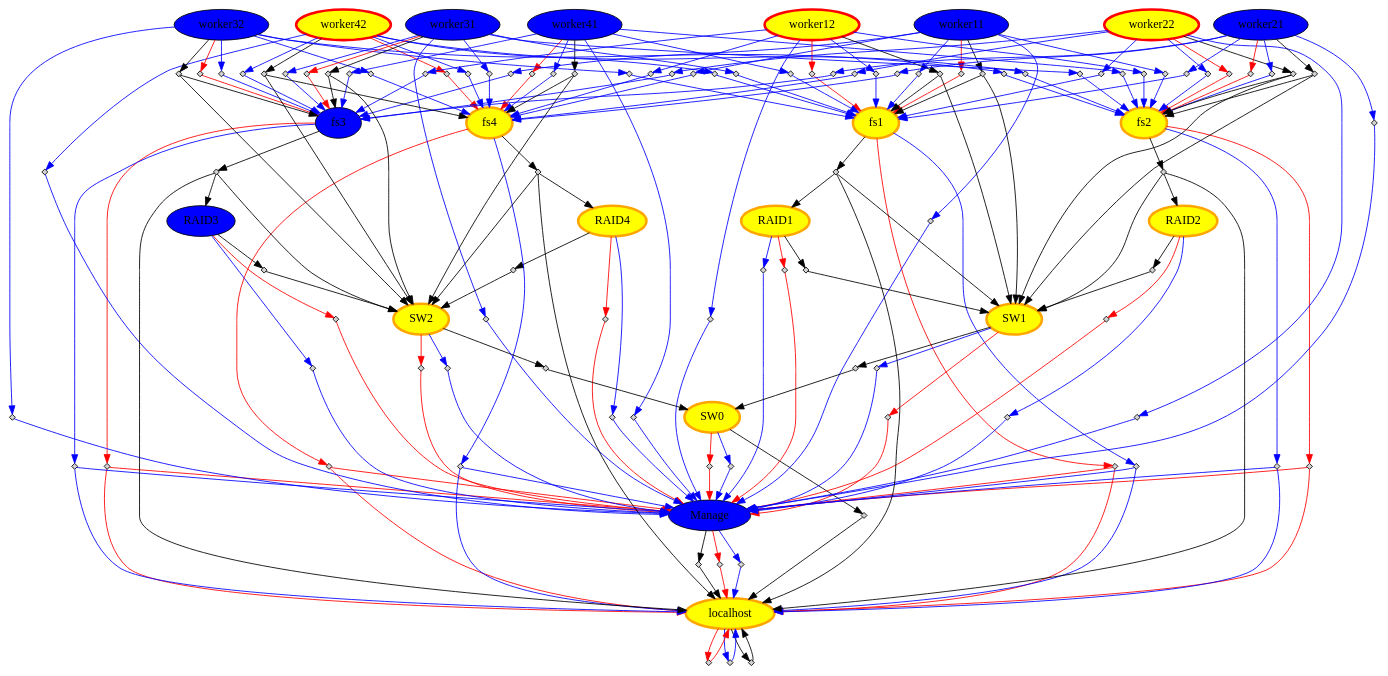
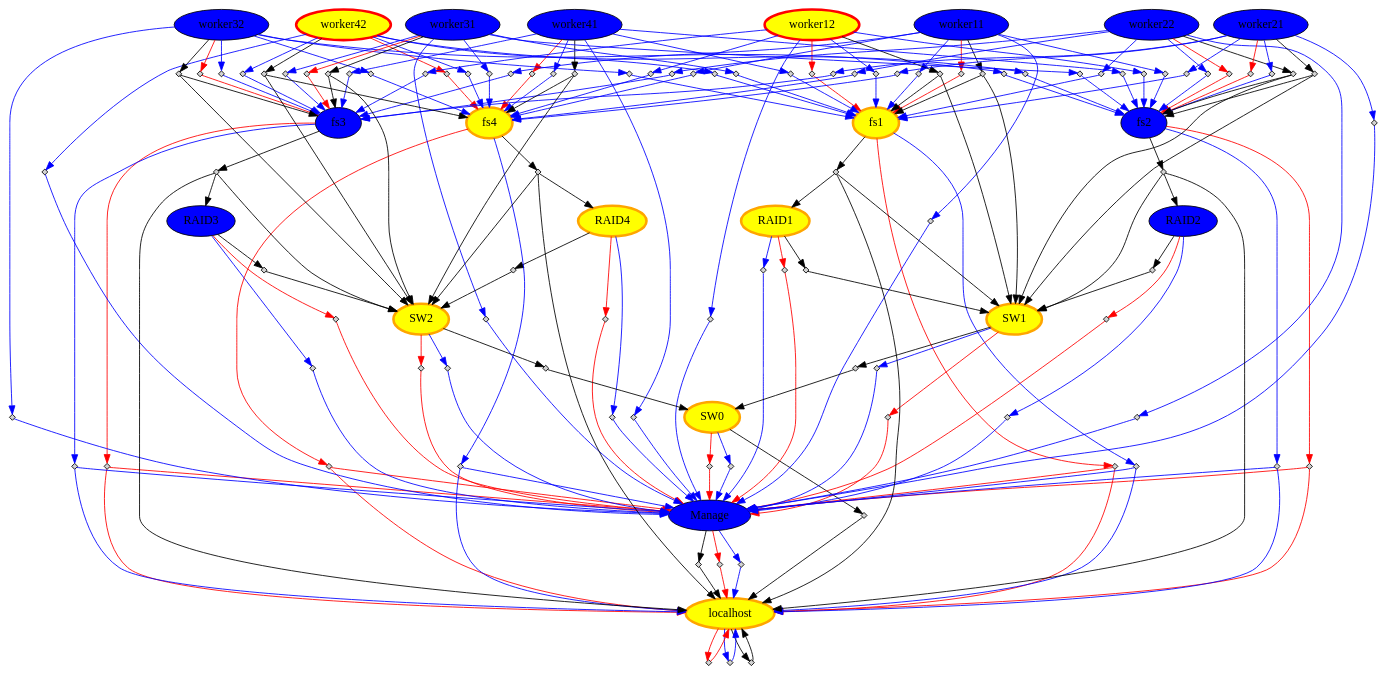
One commit to amgaa/ClusterNap changed the diagram in server/CN.dot. Above: the diagram before and after it, drawn with Graphviz. The commit also changed 11 other files, not shown here.

```diff
--- a/server/CN.dot
+++ b/server/CN.dot
@@ -7,12 +7,12 @@
 "worker12" [style="filled"	 color=red, penwidth=3, fillcolor= yellow] ;
 "worker32" [style="filled"	 color=black, fillcolor= blue] ;
 "RAID4" [style="filled"	 color=orange, penwidth=3, fillcolor= yellow] ;
-"fs2" [style="filled"	 color=orange, penwidth=3, fillcolor= yellow] ;
+"fs2" [style="filled"	 color=black, fillcolor= blue] ;
 "fs3" [style="filled"	 color=black, fillcolor= blue] ;
 "RAID1" [style="filled"	 color=orange, penwidth=3, fillcolor= yellow] ;
-"worker22" [style="filled"	 color=red, penwidth=3, fillcolor= yellow] ;
+"worker22" [style="filled"	 color=black, fillcolor= blue] ;
 "RAID3" [style="filled"	 color=black, fillcolor= blue] ;
-"RAID2" [style="filled"	 color=orange, penwidth=3, fillcolor= yellow] ;
+"RAID2" [style="filled"	 color=black, fillcolor= blue] ;
 "SW1" [style="filled"	 color=orange, penwidth=3, fillcolor= yellow] ;
 "fs4" [style="filled"	 color=orange, penwidth=3, fillcolor= yellow] ;
 "localhost" [style="filled"	 color=orange, penwidth=3, fillcolor= yellow] ;
```
